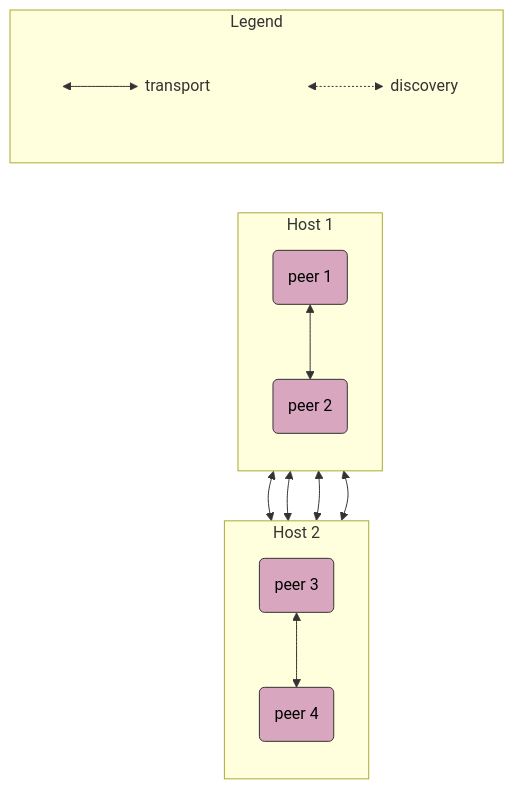
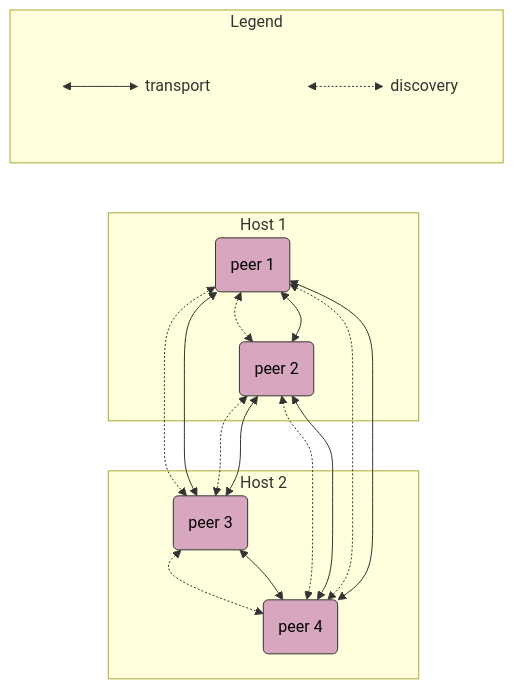
The third of 10 diagrams in README.md (thelollipopman/rmw_zenoh_demo), drawn with Mermaid before and after one commit. The commit also changed other lines of this file and 4 other files, not shown here.

````diff
--- a/README.md
+++ b/README.md
@@ -416,40 +414,44 @@
 ```mermaid
 flowchart TD
   subgraph h2 [Host 2]
-    direction TD
     idp3(peer 3) 
     idp4(peer 4)
+    idp3<-.->idp4
     idp3<-->idp4
   end
   subgraph h1 [Host 1]
-    direction TD
     idp1(peer 1) 
     idp2(peer 2)
+    idp1<-.->idp2
     idp1<-->idp2
   end
+  idp1<-.->idp3
   idp1<-->idp3
+  idp4<-.->idp2
   idp4<-->idp2
+  idp2<-.->idp3
   idp2<-->idp3
+  idp4<-.->idp1
   idp4<-->idp1
   
   LH1(( ))
   RH1(( transport ))
   LH2(( ))
   RH2(( discovery ))
   subgraph legend [Legend]
     direction LR
     LH1<-->RH1
     LH2<-.->RH2
     RH1~~~LH2
   end
 
   legend~~~h1
   legend~~~h2
 
   classDef hidden fill:#00000000,stroke:#00000000,width:0px,height:0px;
   classDef peer fill:#d9a6bf,stroke:#333,stroke-width:1px,color:#000;
   classDef legend fill:#fff,stroke:#999,stroke-width:1px,color:#000;
   classDef invisible fill:none, stroke:none, color:transparent;
     class LH1,RH1,LH2,RH2 hidden;
     class idp1,idp2,idp3,idp4 peer;
 ```
````
